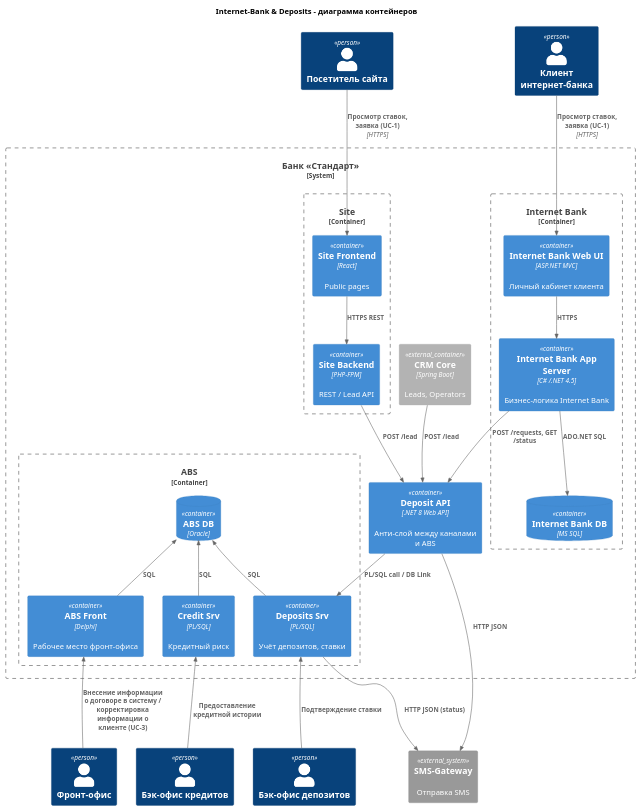
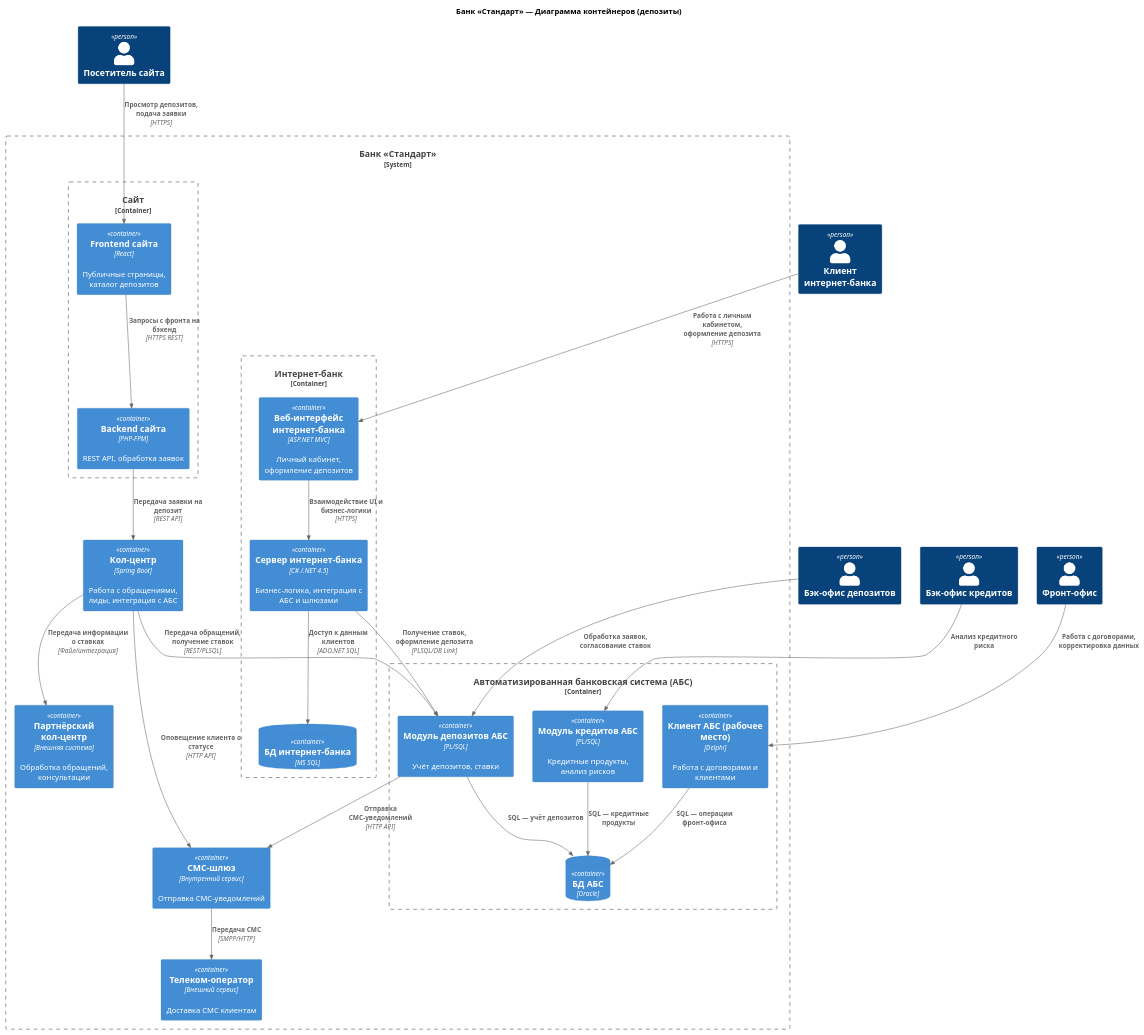
One commit to Ksedline/architecture-standart changed the diagram in Task3/C4_Container.puml. Above: the diagram before and after it, drawn with PlantUML. The commit also changed 1 other file, not shown here.

Commit message:
Update Task3 diagrams

```diff
--- a/Task3/C4_Container.puml
+++ b/Task3/C4_Container.puml
@@ -1,61 +1,55 @@
 @startuml C4_Container.puml
 !includeurl https://raw.githubusercontent.com/plantuml-stdlib/C4-PlantUML/master/C4_Container.puml
-title Internet-Bank & Deposits – диаграмма контейнеров
+title Банк «Стандарт» — Диаграмма контейнеров (депозиты)
 
 Person(visitor, "Посетитель сайта")
 Person(client,  "Клиент интернет-банка")
 Person(fo_dep,  "Фронт-офис")
 Person(bo_dep,  "Бэк-офис депозитов")
 Person(bo_cred,  "Бэк-офис кредитов")
 
 System_Boundary(bank, "Банк «Стандарт»") {
-  Container_Boundary(internet_bank, "Internet Bank") {
-    Container(internet_bank_ui,   "Internet Bank Web UI",     "ASP.NET MVC", "Личный кабинет клиента")
-    Container(internet_bank_app,  "Internet Bank App Server", "C# /.NET 4.5", "Бизнес-логика Internet Bank")
-    ContainerDb(internet_bank_db, "Internet Bank DB",         "MS SQL")
+  Container_Boundary(internet_bank, "Интернет-банк") {
+    Container(internet_bank_ui,   "Веб-интерфейс интернет-банка",     "ASP.NET MVC", "Личный кабинет, оформление депозитов")
+    Container(internet_bank_app,  "Сервер интернет-банка", "C# /.NET 4.5", "Бизнес-логика, интеграция с АБС и шлюзами")
+    ContainerDb(internet_bank_db, "БД интернет-банка",         "MS SQL")
   }
 
-  Container_Boundary(abs, "ABS") {
-    Container(abs_front,"ABS Front",    "Delphi",      "Рабочее место фронт-офиса")
-    Container(abs_dep,  "Deposits Srv", "PL/SQL",      "Учёт депозитов, ставки")
-    Container(abs_cr,   "Credit Srv",   "PL/SQL",      "Кредитный риск")
-    ContainerDb(abs_db, "ABS DB",       "Oracle")
+  Container_Boundary(abs, "Автоматизированная банковская система (АБС)") {
+    Container(abs_front,"Клиент АБС (рабочее место)",    "Delphi",      "Работа с договорами и клиентами")
+    Container(abs_dep,  "Модуль депозитов АБС", "PL/SQL",      "Учёт депозитов, ставки")
+    Container(abs_cred,   "Модуль кредитов АБС",   "PL/SQL",      "Кредитные продукты, анализ рисков")
+    ContainerDb(abs_db, "БД АБС",       "Oracle")
   }
 
-  Container_Boundary(site, "Site") {
-    Container(site_fe,   "Site Frontend",  "React",        "Public pages")
-    Container(site_be,   "Site Backend",   "PHP-FPM",      "REST / Lead API")
+  Container_Boundary(site, "Сайт") {
+    Container(site_fe,   "Frontend сайта",  "React",        "Публичные страницы, каталог депозитов")
+    Container(site_be,   "Backend сайта",   "PHP-FPM",      "REST API, обработка заявок")
   }
 
-  Container_Ext(crm_api,   "CRM Core",       "Spring Boot",  "Leads, Operators")
-  Container(deposit_api, "Deposit API",      ".NET 8 Web API", "Анти-слой между каналами и ABS")
+  Container(cc,   "Кол-центр",       "Spring Boot",  "Работа с обращениями, лиды, интеграция с АБС")
+  Container(partner_cc, "Партнёрский кол-центр", "Внешняя система", "Обработка обращений, консультации")
+  Container(sms_gateway, "СМС-шлюз", "Внутренний сервис", "Отправка СМС-уведомлений")
+  Container(telecom, "Телеком-оператор", "Внешний сервис", "Доставка СМС клиентам")
 }
 
-System_Ext(sms, "SMS-Gateway", "Отправка SMS")
-
-Rel(visitor, site_fe, "Просмотр ставок, заявка (UC-1)", "HTTPS")
-Rel(client, internet_bank_ui, "Просмотр ставок, заявка (UC-1)", "HTTPS")
-
-Rel_U(bo_dep, abs_dep, "Подтверждение ставки")
-Rel_U(bo_cred, abs_cr, "Предоставление кредитной истории")
-Rel_U(fo_dep, abs_front, "Внесение информации о договоре в систему / корректировка информации о клиенте (UC-3)")
-
-Rel_U(abs_dep, abs_db, "SQL")
-Rel_U(abs_cr, abs_db, "SQL")
-Rel_U(abs_front, abs_db, "SQL")
-
-Rel(internet_bank_ui, internet_bank_app, "HTTPS")
-Rel(internet_bank_app, internet_bank_db, "ADO.NET SQL")
-
-Rel(site_fe, site_be, "HTTPS REST")
-Rel(site_be, deposit_api, "POST /lead")
-
-Rel(crm_api, deposit_api, "POST /lead")
-
-Rel(internet_bank_app, deposit_api, "POST /requests, GET /status")
-
-Rel(deposit_api, abs_dep, "PL/SQL call / DB Link")
-Rel(deposit_api, sms, "HTTP JSON")
-Rel(abs_dep, sms, "HTTP JSON (status)")
+Rel(visitor, site_fe, "Просмотр депозитов, подача заявки", "HTTPS")
+Rel(client, internet_bank_ui, "Работа с личным кабинетом, оформление депозита", "HTTPS")
+Rel(bo_dep, abs_dep, "Обработка заявок, согласование ставок")
+Rel(bo_cred, abs_cred, "Анализ кредитного риска")
+Rel(fo_dep, abs_front, "Работа с договорами, корректировка данных")
+Rel(abs_dep, abs_db, "SQL — учёт депозитов")
+Rel(abs_cred, abs_db, "SQL — кредитные продукты")
+Rel(abs_front, abs_db, "SQL — операции фронт-офиса")
+Rel(internet_bank_ui, internet_bank_app, "Взаимодействие UI и бизнес-логики", "HTTPS")
+Rel(internet_bank_app, internet_bank_db, "Доступ к данным клиентов", "ADO.NET SQL")
+Rel(site_fe, site_be, "Запросы с фронта на бэкенд", "HTTPS REST")
+Rel(site_be, cc, "Передача заявки на депозит", "REST API")
+Rel(cc, abs_dep, "Передача обращений, получение ставок", "REST/PLSQL")
+Rel(internet_bank_app, abs_dep, "Получение ставок, оформление депозита", "PLSQL/DB Link")
+Rel(abs_dep, sms_gateway, "Отправка СМС-уведомлений", "HTTP API")
+Rel(cc, sms_gateway, "Оповещение клиента о статусе", "HTTP API")
+Rel(sms_gateway, telecom, "Передача СМС", "SMPP/HTTP")
+Rel(cc, partner_cc, "Передача информации о ставках", "Файл/интеграция")
 
 @enduml
```
